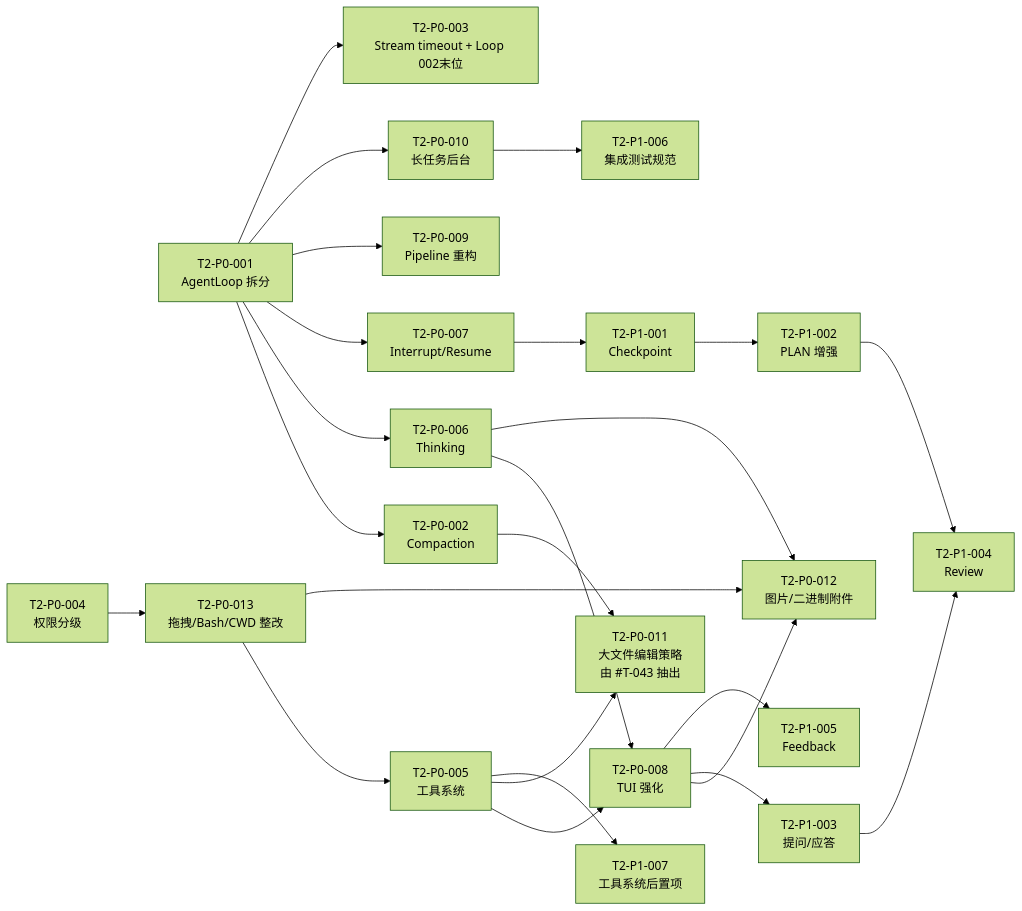
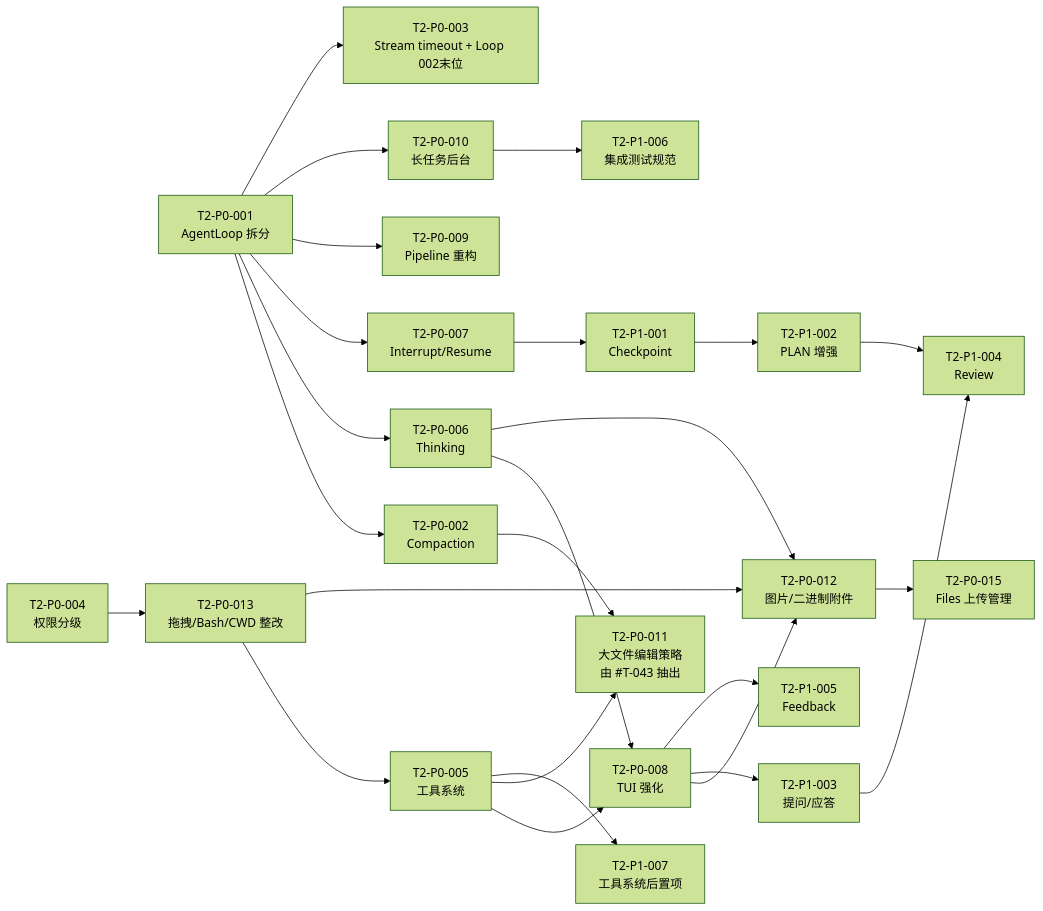
Before and after one commit to teisun/tomcat-agent: the diagram in pi-rust-wasm/agents/TASK_BOARD_002.md, drawn with Mermaid (forest theme). The commit also changed other lines of this file and 22 other files, not shown here.

````diff
--- a/pi-rust-wasm/agents/TASK_BOARD_002.md
+++ b/pi-rust-wasm/agents/TASK_BOARD_002.md
@@ -907,26 +952,27 @@
 ```mermaid
 flowchart LR
     P001[T2-P0-001<br/>AgentLoop 拆分] --> P002[T2-P0-002<br/>Compaction]
     P001 --> P006[T2-P0-006<br/>Thinking]
     P001 --> P007[T2-P0-007<br/>Interrupt/Resume]
     P001 --> P009[T2-P0-009<br/>Pipeline 重构]
     P001 --> P010[T2-P0-010<br/>长任务后台]
     P001 --> P003[T2-P0-003<br/>Stream timeout + Loop 002末位]
     P004[T2-P0-004<br/>权限分级] --> P013[T2-P0-013<br/>拖拽/Bash/CWD 整改]
     P013 --> P005[T2-P0-005<br/>工具系统]
     P013 --> P012[T2-P0-012<br/>图片/二进制附件]
     P005 --> P008[T2-P0-008<br/>TUI 强化]
     P006 --> P008
     P002 --> P011[T2-P0-011<br/>大文件编辑策略<br/>由 #T-043 抽出]
     P005 --> P011
     P006 --> P012
     P008 --> P012
+    P012 --> P015[T2-P0-015<br/>Files 上传管理]
     P007 --> P101[T2-P1-001<br/>Checkpoint]
     P101 --> P102[T2-P1-002<br/>PLAN 增强]
     P008 --> P103[T2-P1-003<br/>提问/应答]
     P102 --> P104[T2-P1-004<br/>Review]
     P103 --> P104
     P008 --> P105[T2-P1-005<br/>Feedback]
     P010 --> P106[T2-P1-006<br/>集成测试规范]
     P005 --> P107[T2-P1-007<br/>工具系统后置项]
 ```
````
